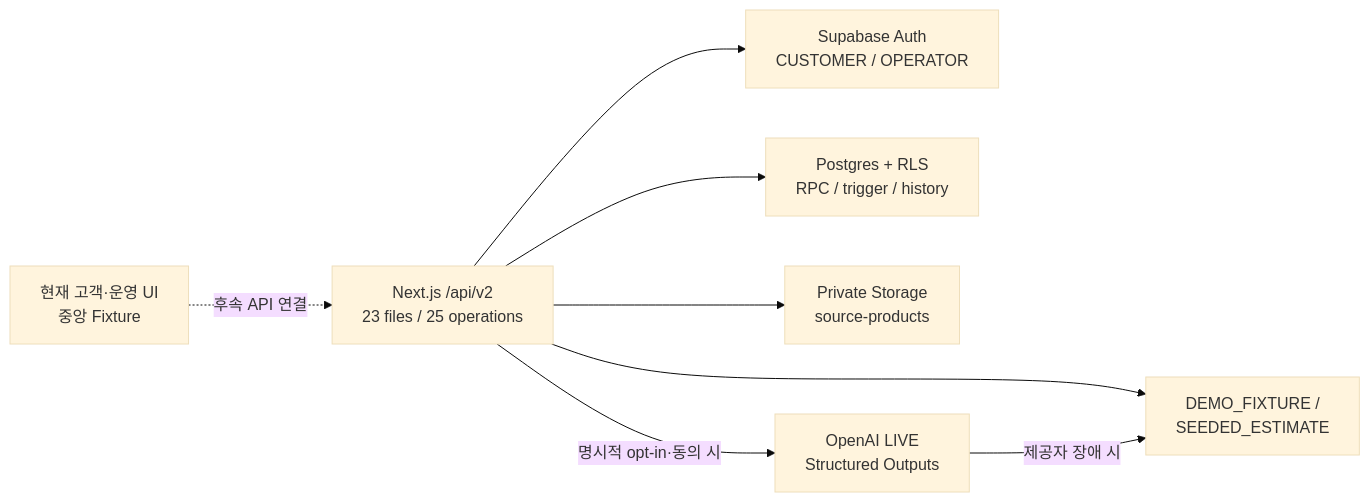
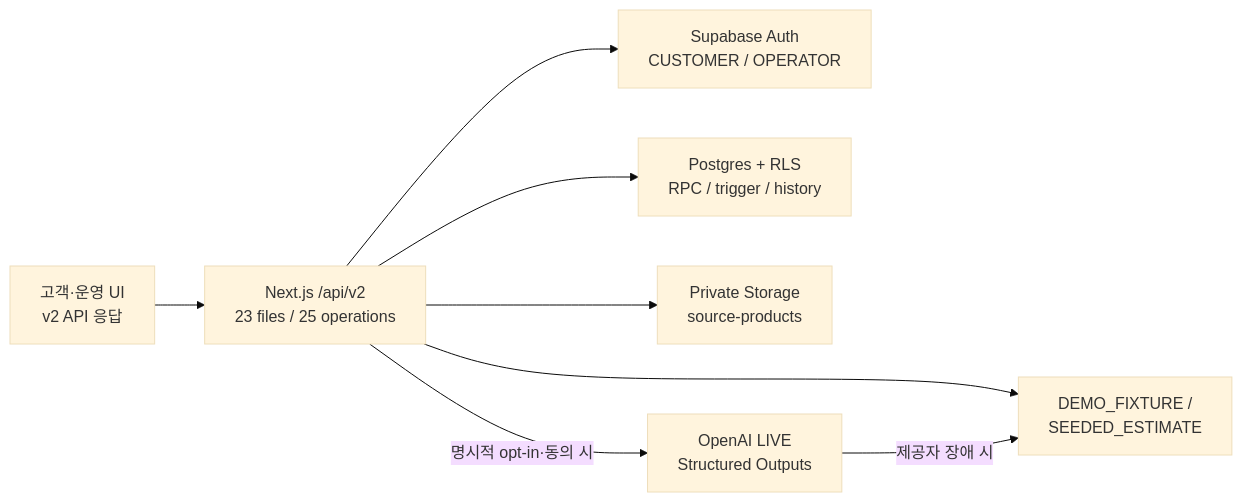
Before and after one commit to MCM-RE-BORN/mcm-reborn-hackathon: the diagram in docs/BACKEND_V2_DESIGN.md, drawn with Mermaid (base theme). The commit also changed other lines of this file and 11 other files, not shown here.

````diff
--- a/docs/BACKEND_V2_DESIGN.md
+++ b/docs/BACKEND_V2_DESIGN.md
@@ -23,18 +23,18 @@
 ```mermaid
 flowchart LR
-  UI["현재 고객·운영 UI\n중앙 Fixture"]
+  UI["고객·운영 UI\nv2 API 응답"]
   API["Next.js /api/v2\n23 files / 25 operations"]
   AUTH["Supabase Auth\nCUSTOMER / OPERATOR"]
   DB["Postgres + RLS\nRPC / trigger / history"]
   STORAGE["Private Storage\nsource-products"]
   FIXTURE["DEMO_FIXTURE /\nSEEDED_ESTIMATE"]
   LIVE["OpenAI LIVE\nStructured Outputs"]
 
-  UI -. "후속 API 연결" .-> API
+  UI --> API
   API --> AUTH
   API --> DB
   API --> STORAGE
   API --> FIXTURE
   API -->|"명시적 opt-in·동의 시"| LIVE
   LIVE -->|"제공자 장애 시"| FIXTURE
 ```
````
